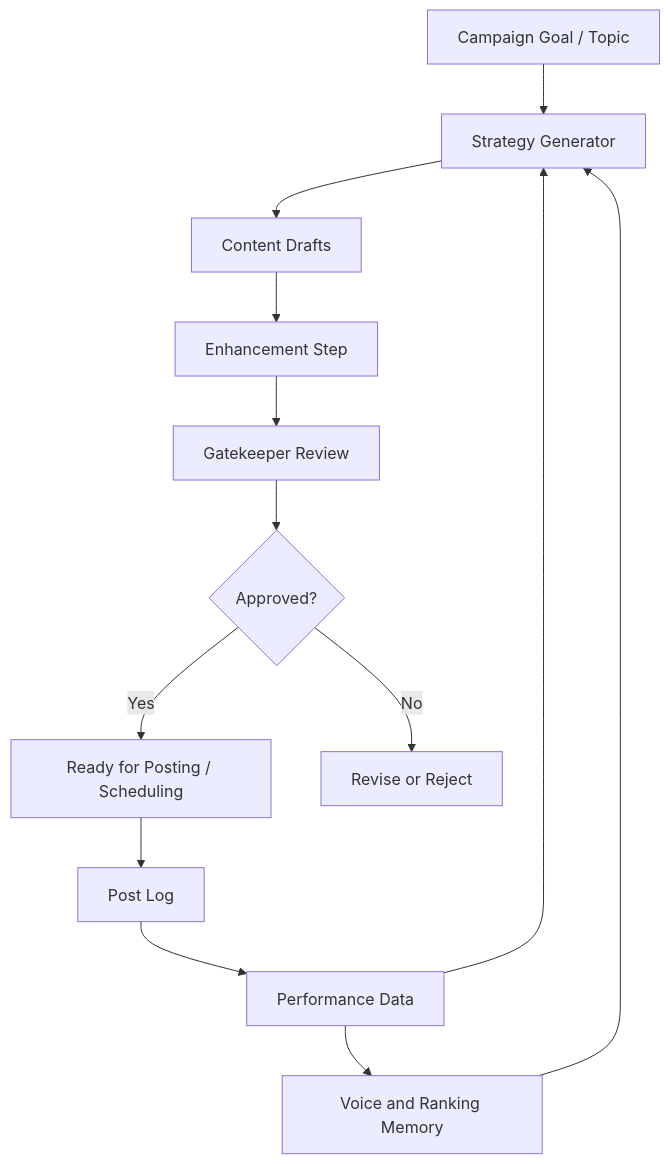
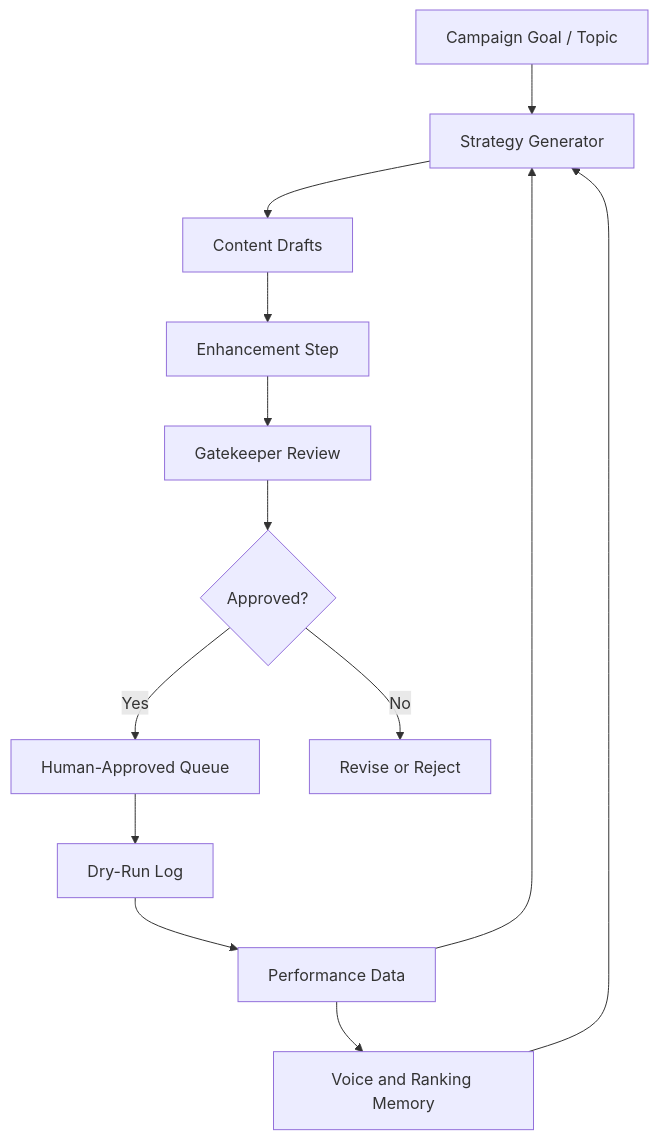
One commit to Prashamv/kourai-skill-tree changed the diagram in diagrams/kourai-workflow.md. Above: the diagram before and after it, drawn with Mermaid. The commit also changed 20 other files, not shown here.

````diff
--- a/diagrams/kourai-workflow.md
+++ b/diagrams/kourai-workflow.md
@@ -3,15 +3,15 @@
 ```mermaid
 flowchart TD
     A[Campaign Goal / Topic] --> B[Strategy Generator]
     B --> C[Content Drafts]
     C --> D[Enhancement Step]
     D --> E[Gatekeeper Review]
     E --> F{Approved?}
-    F -->|Yes| G[Ready for Posting / Scheduling]
+    F -->|Yes| G[Human-Approved Queue]
     F -->|No| H[Revise or Reject]
-    G --> I[Post Log]
+    G --> I[Dry-Run Log]
     I --> J[Performance Data]
     J --> B
     J --> K[Voice and Ranking Memory]
     K --> B
 ```
````
